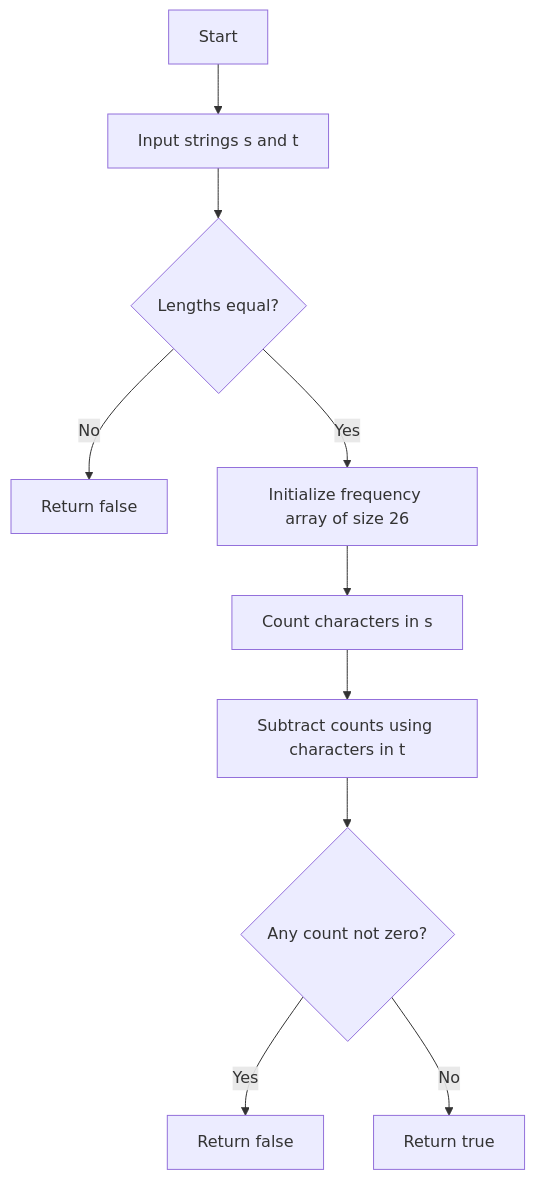
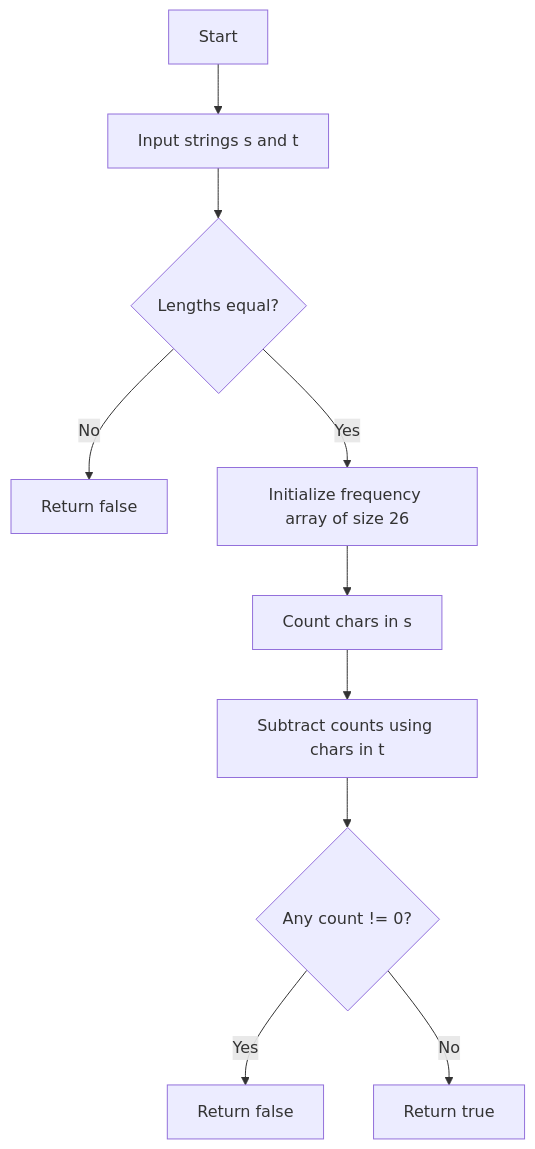
The fourth of 4 diagrams in README.md (brovy23-GD/Rovy_Assignement_7_2), drawn with Mermaid before and after one commit. The commit also changed other lines of this file, not shown here.

````diff
--- a/README.md
+++ b/README.md
@@ -38,12 +160,12 @@
 ```mermaid
 flowchart TD
     A[Start] --> B[Input strings s and t]
     B --> C{Lengths equal?}
     C -->|No| D[Return false]
     C -->|Yes| E[Initialize frequency array of size 26]
-    E --> F[Count characters in s]
-    F --> G[Subtract counts using characters in t]
-    G --> H{Any count not zero?}
+    E --> F[Count chars in s]
+    F --> G[Subtract counts using chars in t]
+    G --> H{Any count != 0?}
     H -->|Yes| I[Return false]
     H -->|No| J[Return true]
 ```
````
